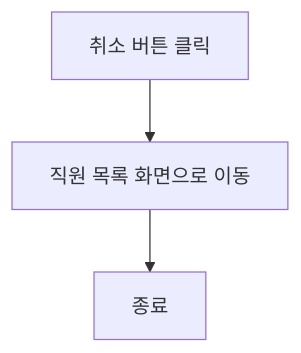
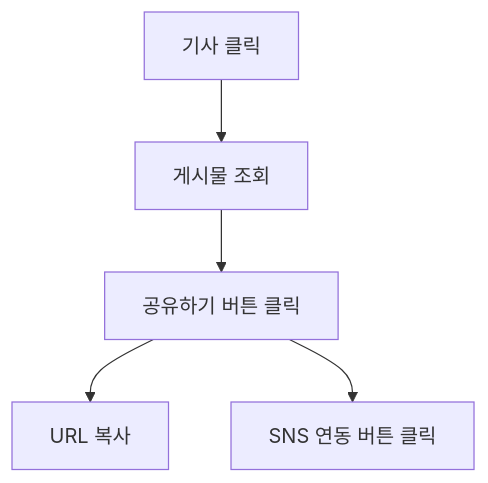
The fifth of 5 diagrams in design/기능정의서.md (ssuminii/devcamp-onboarding-template), drawn with Mermaid before and after one commit. The commit also changed other lines of this file, not shown here.

````diff
--- a/design/기능정의서.md
+++ b/design/기능정의서.md
@@ -85,5 +71,7 @@
 ```mermaid
 flowchart TD
-    A[취소 버튼 클릭] --> B[직원 목록 화면으로 이동]
-    B --> Z[종료]
+    A[기사 클릭] --> B[게시물 조회]
+    B --> C[공유하기 버튼 클릭]
+    C --> D[URL 복사]
+    C --> E[SNS 연동 버튼 클릭]
 ```
````
